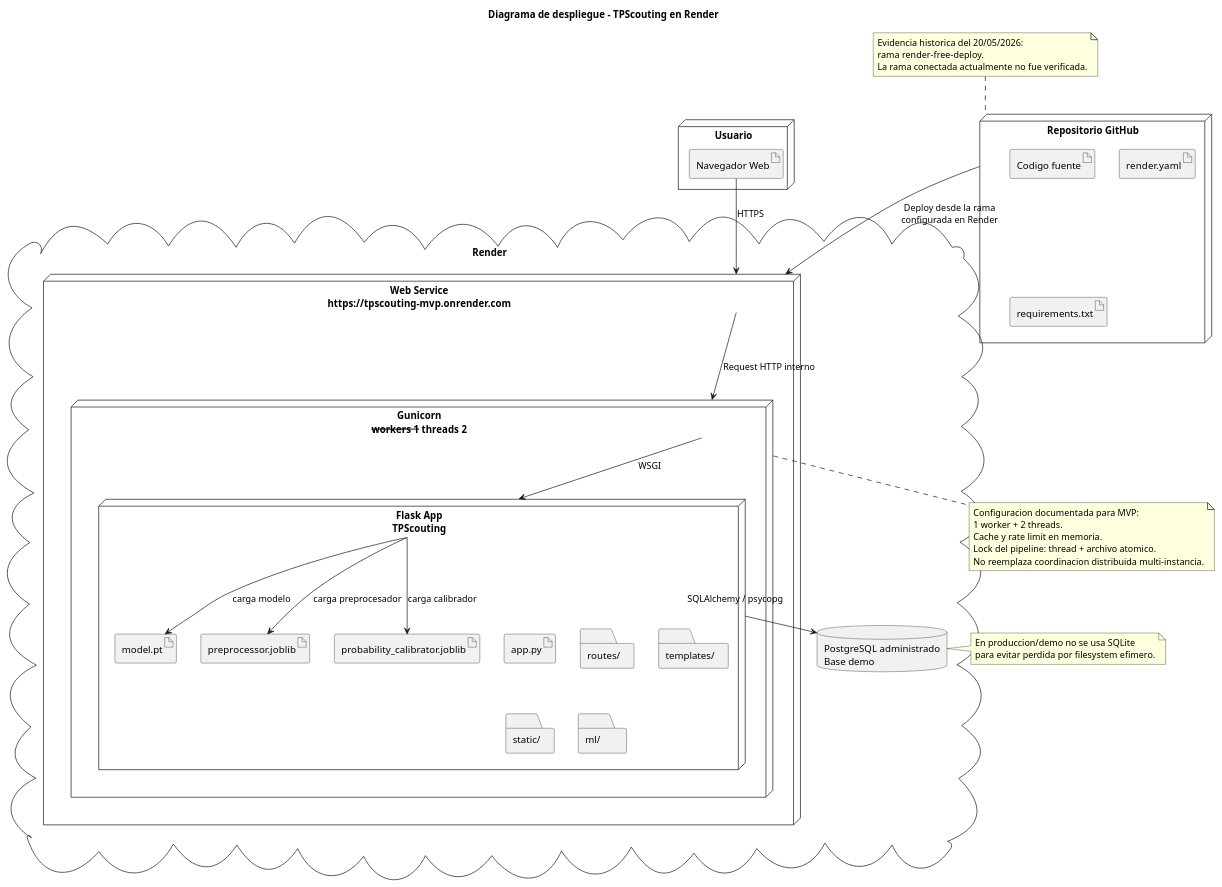
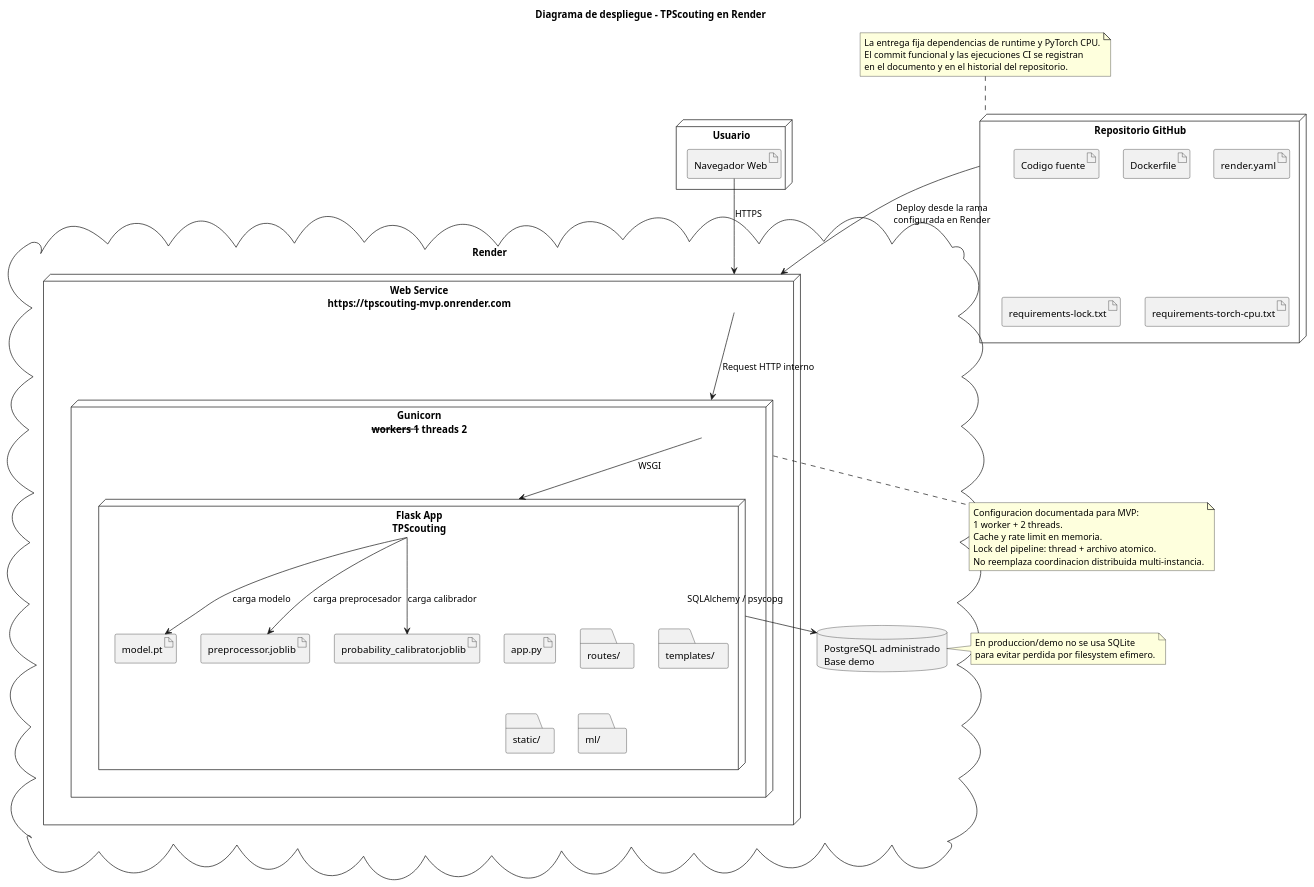
One commit to indio21/TPScouting changed the diagram in docs/diagramas/plantuml/04_despliegue.puml. Above: the diagram before and after it, drawn with PlantUML. The commit also changed 51 other files, not shown here.

```diff
--- a/docs/diagramas/plantuml/04_despliegue.puml
+++ b/docs/diagramas/plantuml/04_despliegue.puml
@@ -1,62 +1,64 @@
 @startuml
 title Diagrama de despliegue - TPScouting en Render
 
 node "Usuario" {
   artifact "Navegador Web" as Browser
 }
 
 cloud "Render" {
   node "Web Service\nhttps://tpscouting-mvp.onrender.com" as RenderWeb {
     node "Gunicorn\n--workers 1 --threads 2" as Gunicorn {
       node "Flask App\nTPScouting" as FlaskApp {
         artifact "app.py" as AppPy
         folder "routes/" as Routes
         folder "templates/" as Templates
         folder "static/" as Static
         folder "ml/" as MLRuntime
         artifact "model.pt" as ModelPT
         artifact "preprocessor.joblib" as Preprocessor
         artifact "probability_calibrator.joblib" as Calibrator
       }
     }
   }
 
   database "PostgreSQL administrado\nBase demo" as RenderDB
 }
 
 node "Repositorio GitHub" as GitHub {
   artifact "Codigo fuente" as Code
+  artifact "Dockerfile" as Dockerfile
   artifact "render.yaml" as RenderYaml
-  artifact "requirements.txt" as Requirements
+  artifact "requirements-lock.txt" as RuntimeRequirements
+  artifact "requirements-torch-cpu.txt" as TorchRequirements
 }
 
 Browser --> RenderWeb : HTTPS
 RenderWeb --> Gunicorn : Request HTTP interno
 Gunicorn --> FlaskApp : WSGI
 FlaskApp --> RenderDB : SQLAlchemy / psycopg
 FlaskApp --> ModelPT : carga modelo
 FlaskApp --> Preprocessor : carga preprocesador
 FlaskApp --> Calibrator : carga calibrador
 
 GitHub --> RenderWeb : Deploy desde la rama\nconfigurada en Render
 
 note right of RenderDB
 En produccion/demo no se usa SQLite
 para evitar perdida por filesystem efimero.
 end note
 
 note bottom of Gunicorn
 Configuracion documentada para MVP:
 1 worker + 2 threads.
 Cache y rate limit en memoria.
 Lock del pipeline: thread + archivo atomico.
 No reemplaza coordinacion distribuida multi-instancia.
 end note
 
 note top of GitHub
-Evidencia historica del 20/05/2026:
-rama render-free-deploy.
-La rama conectada actualmente no fue verificada.
+La entrega fija dependencias de runtime y PyTorch CPU.
+El commit funcional y las ejecuciones CI se registran
+en el documento y en el historial del repositorio.
 end note
 
 @enduml
```
